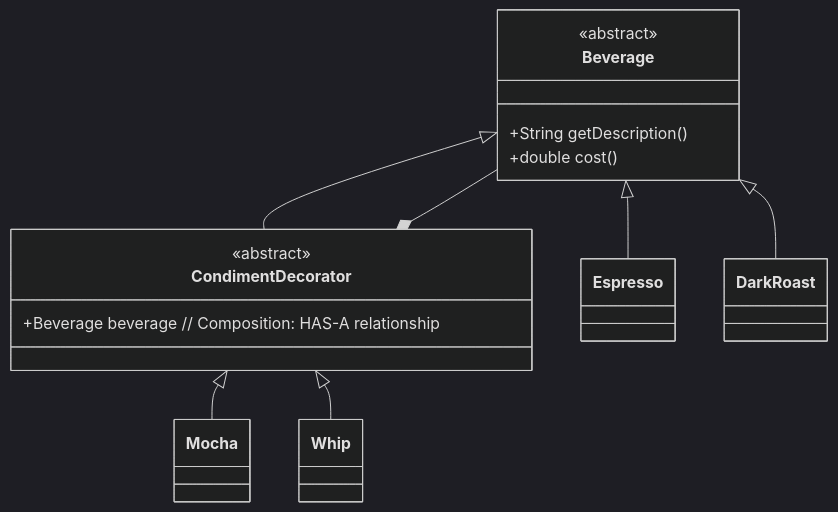
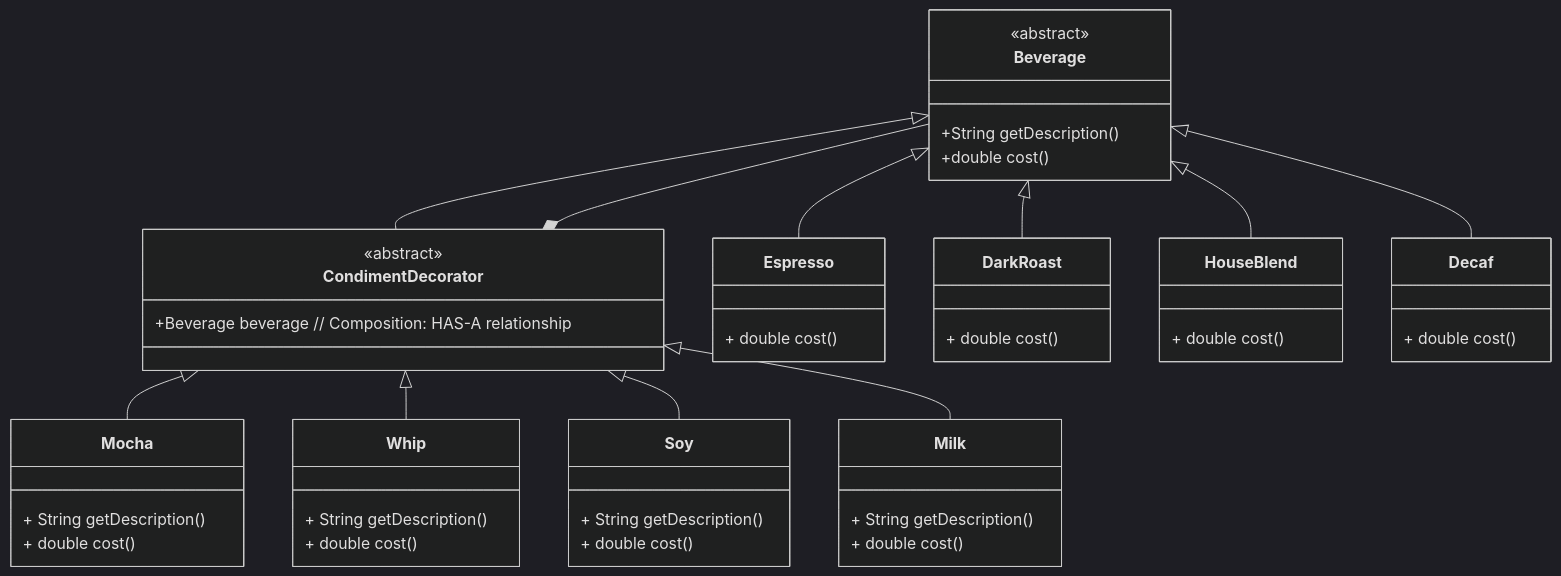
One commit to sovan92/LowLevelDesignDocuments changed the diagram in decorator.md. Above: the diagram before and after it, drawn with Mermaid (dark theme).

Commit message:
Add cost methods to beverage and condiment classes

````diff
--- a/decorator.md
+++ b/decorator.md
@@ -27,34 +27,63 @@
 ```mermaid
 
 classDiagram
     direction TB
     
     class Beverage {
         <<abstract>>
         +String getDescription()
         +double cost()
     }
     
     
     class CondimentDecorator {
         <<abstract>>
         +Beverage beverage // Composition: HAS-A relationship
     }
     
-    class Espresso
-    class DarkRoast
+    class Espresso {
+      +  double cost()
+    }
+    class DarkRoast {
+      +  double cost()
+    }
+    class HouseBlend {
+      +  double cost()
+    }
+    class Decaf {
+      +  double cost()
+    }
 
-    class Mocha
-    class Whip
-
+    class Mocha {
+      + String getDescription()
+      + double cost()
+    }
+    class Whip {
+      + String getDescription()
+      + double cost()
+    }
+    class Soy {
+      + String getDescription()
+      + double cost()
+    }
+    class Milk {
+      + String getDescription()
+      + double cost()
+    }
  
     Beverage <|-- Espresso 
-    Beverage <|-- DarkRoast 
-    Beverage <|-- CondimentDecorator 
+    Beverage <|-- DarkRoast
+    Beverage <|-- HouseBlend
+    Beverage <|-- Decaf
+
+    Beverage <|-- CondimentDecorator
+     
 
     CondimentDecorator <|-- Mocha 
     CondimentDecorator <|-- Whip 
-
+    CondimentDecorator <|-- Soy
+    CondimentDecorator <|-- Milk
+  
     CondimentDecorator *-- Beverage
 
 ```
````
